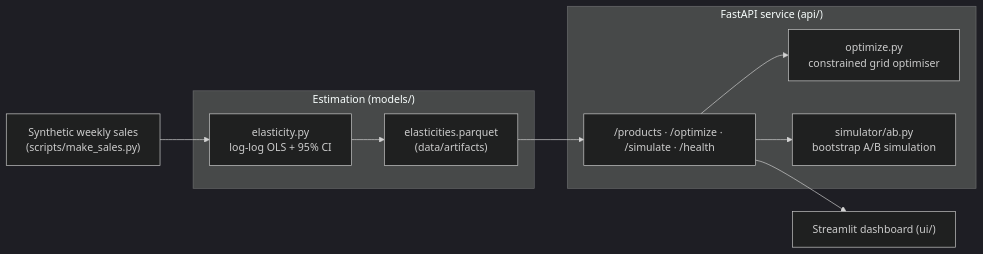
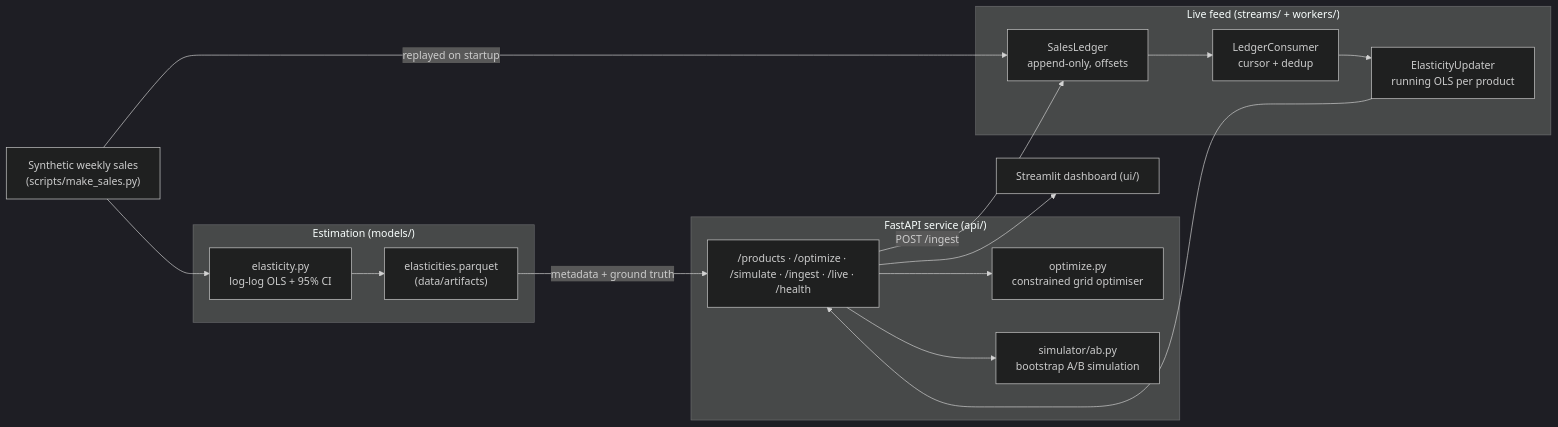
Before and after one commit to jackson-marcus/Price-Optic: the diagram in README.md, drawn with Mermaid (dark theme). The commit also changed other lines of this file and 16 other files, not shown here.

````diff
--- a/README.md
+++ b/README.md
@@ -36,14 +37,21 @@
 ```mermaid
 flowchart LR
     G["Synthetic weekly sales<br/>(scripts/make_sales.py)"] --> E
     subgraph EST["Estimation (models/)"]
         E["elasticity.py<br/>log-log OLS + 95% CI"] --> A["elasticities.parquet<br/>(data/artifacts)"]
     end
-    A --> API
+    A -- "metadata + ground truth" --> API
+    G -- "replayed on startup" --> L
+    subgraph FEED["Live feed (streams/ + workers/)"]
+        L["SalesLedger<br/>append-only, offsets"] --> C["LedgerConsumer<br/>cursor + dedup"]
+        C --> U["ElasticityUpdater<br/>running OLS per product"]
+    end
     subgraph SRV["FastAPI service (api/)"]
-        API["/products · /optimize · /simulate · /health"]
+        API["/products · /optimize · /simulate · /ingest · /live · /health"]
         API --> O["optimize.py<br/>constrained grid optimiser"]
         API --> S["simulator/ab.py<br/>bootstrap A/B simulation"]
     end
+    U --> API
+    API -- "POST /ingest" --> L
     API --> UI["Streamlit dashboard (ui/)"]
 ```
````
